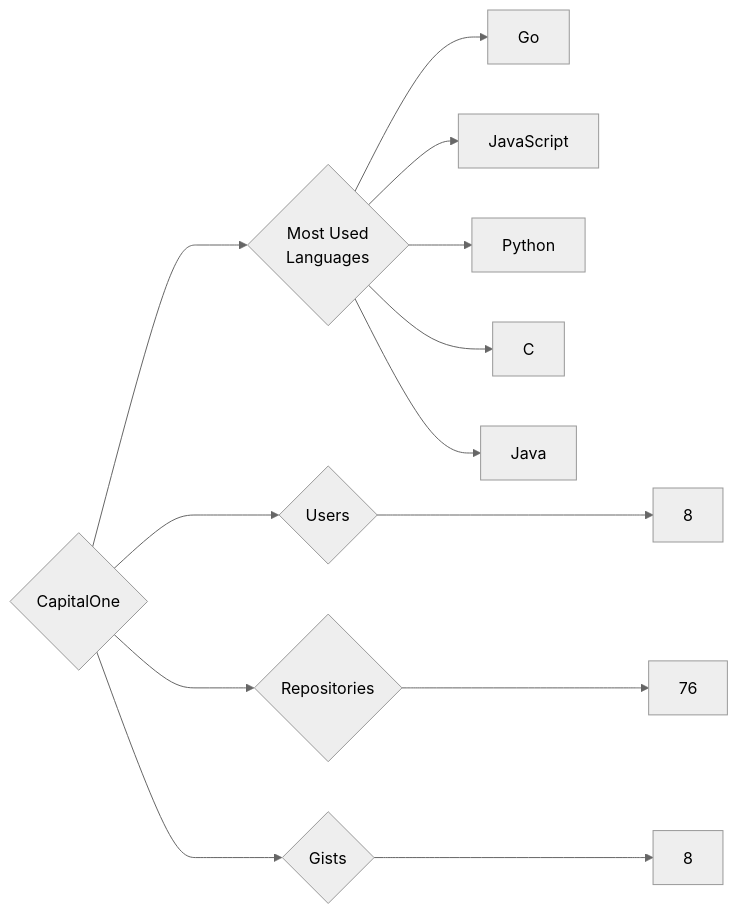
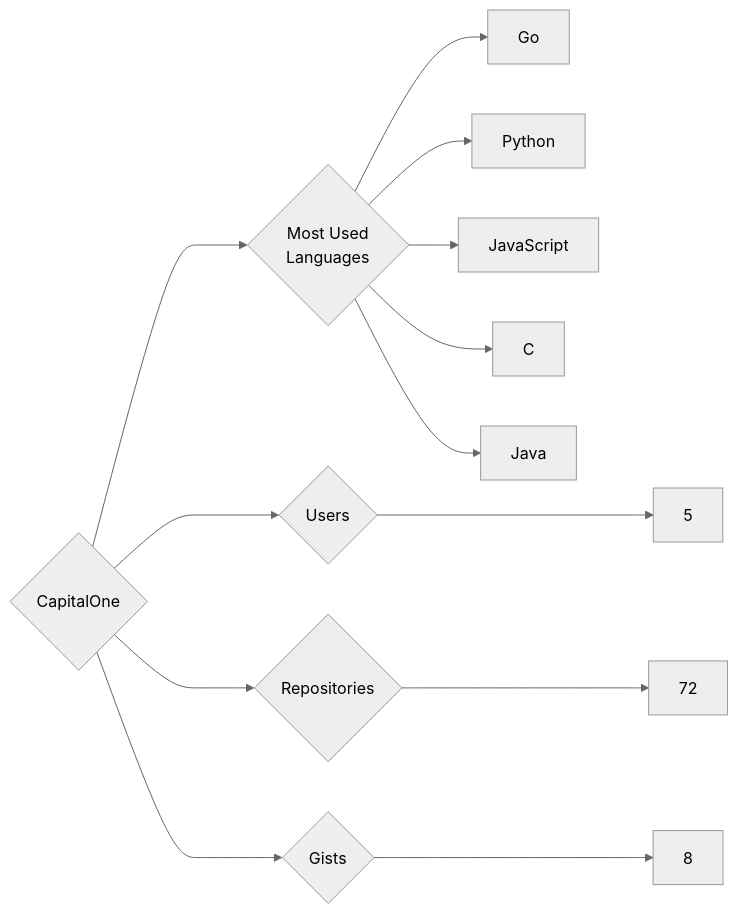
One commit to trickest/insiders changed the diagram in targets/CapitalOne/README.md. Above: the diagram before and after it, drawn with Mermaid (neutral theme). The commit also changed 610 other files, not shown here.

````diff
--- a/targets/CapitalOne/README.md
+++ b/targets/CapitalOne/README.md
@@ -3,13 +3,13 @@
 ```mermaid
 graph LR
 COMPANY_NAME{CapitalOne}
-COMPANY_NAME ---> U{Users} ---> UN[8]
-COMPANY_NAME ---> R{Repositories} ---> RN[76]
+COMPANY_NAME ---> U{Users} ---> UN[5]
+COMPANY_NAME ---> R{Repositories} ---> RN[72]
 COMPANY_NAME ---> G{Gists} ---> GN[8]
 COMPANY_NAME ---> ML{Most Used<br>Languages}
 ML --> Go[Go]
+ML --> Python[Python]
 ML --> JavaScript[JavaScript]
-ML --> Python[Python]
 ML --> C[C]
 ML --> Java[Java]
 ```
````
